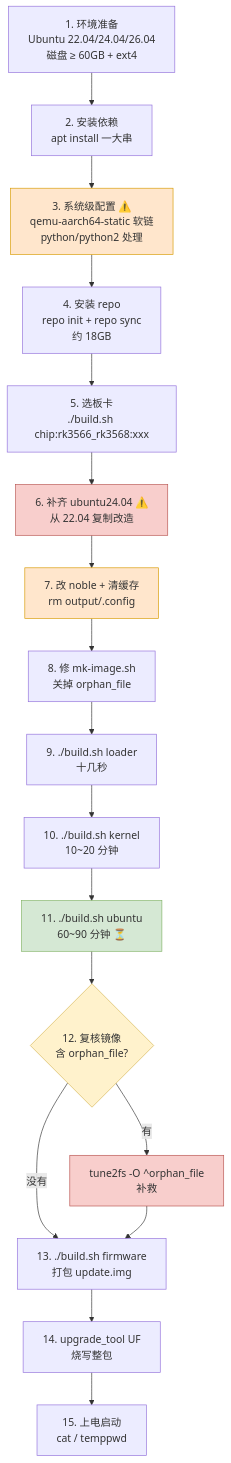
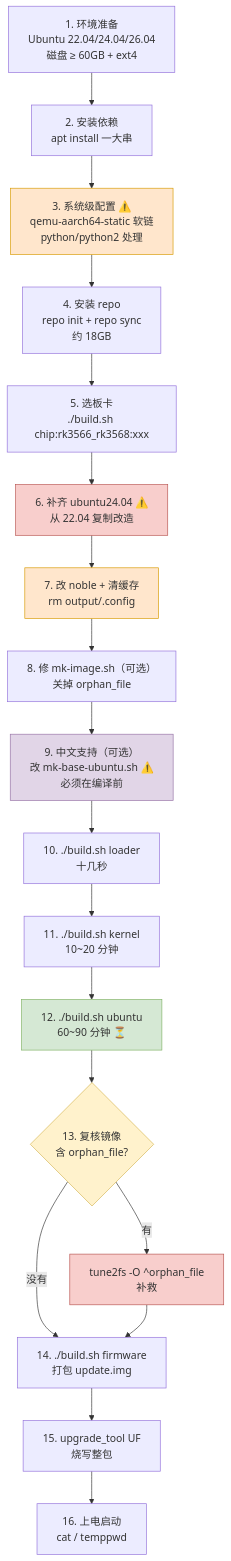
Before and after one commit to qianzhongyang/lubancat-rk3568-image-build: the diagram in README.md, drawn with Mermaid. The commit also changed other lines of this file and 3 other files, not shown here.

````diff
--- a/README.md
+++ b/README.md
@@ -27,26 +27,28 @@
 ```mermaid
 flowchart TD
     A["1. 环境准备<br/>Ubuntu 22.04/24.04/26.04<br/>磁盘 ≥ 60GB + ext4"] --> B["2. 安装依赖<br/>apt install 一大串"]
     B --> C["3. 系统级配置 ⚠️<br/>qemu-aarch64-static 软链<br/>python/python2 处理"]
     C --> D["4. 安装 repo<br/>repo init + repo sync<br/>约 18GB"]
     D --> E["5. 选板卡<br/>./build.sh chip:rk3566_rk3568:xxx"]
     E --> F["6. 补齐 ubuntu24.04 ⚠️<br/>从 22.04 复制改造"]
     F --> G["7. 改 noble + 清缓存<br/>rm output/.config"]
-    G --> G2["8. 修 mk-image.sh<br/>关掉 orphan_file"]
-    G2 --> H1["9. ./build.sh loader<br/>十几秒"]
-    H1 --> H2["10. ./build.sh kernel<br/>10~20 分钟"]
-    H2 --> H3["11. ./build.sh ubuntu<br/>60~90 分钟 ⏳"]
-    H3 --> I{"12. 复核镜像<br/>含 orphan_file?"}
+    G --> G2["8. 修 mk-image.sh（可选）<br/>关掉 orphan_file"]
+    G2 --> G3["9. 中文支持（可选）<br/>改 mk-base-ubuntu.sh ⚠️<br/>必须在编译前"]
+    G3 --> H1["10. ./build.sh loader<br/>十几秒"]
+    H1 --> H2["11. ./build.sh kernel<br/>10~20 分钟"]
+    H2 --> H3["12. ./build.sh ubuntu<br/>60~90 分钟 ⏳"]
+    H3 --> I{"13. 复核镜像<br/>含 orphan_file?"}
     I -->|有| J["tune2fs -O ^orphan_file<br/>补救"]
     I -->|没有| K
-    J --> K["13. ./build.sh firmware<br/>打包 update.img"]
-    K --> L["14. upgrade_tool UF<br/>烧写整包"]
-    L --> M["15. 上电启动<br/>cat / temppwd"]
+    J --> K["14. ./build.sh firmware<br/>打包 update.img"]
+    K --> L["15. upgrade_tool UF<br/>烧写整包"]
+    L --> M["16. 上电启动<br/>cat / temppwd"]
 
     style C fill:#ffe6cc,stroke:#d79b00
     style F fill:#f8cecc,stroke:#b85450
     style G fill:#ffe6cc,stroke:#d79b00
+    style G3 fill:#e1d5e7,stroke:#9673a6
     style I fill:#fff2cc,stroke:#d6b656
     style J fill:#f8cecc,stroke:#b85450
     style H3 fill:#d5e8d4,stroke:#82b366
 ```
````
